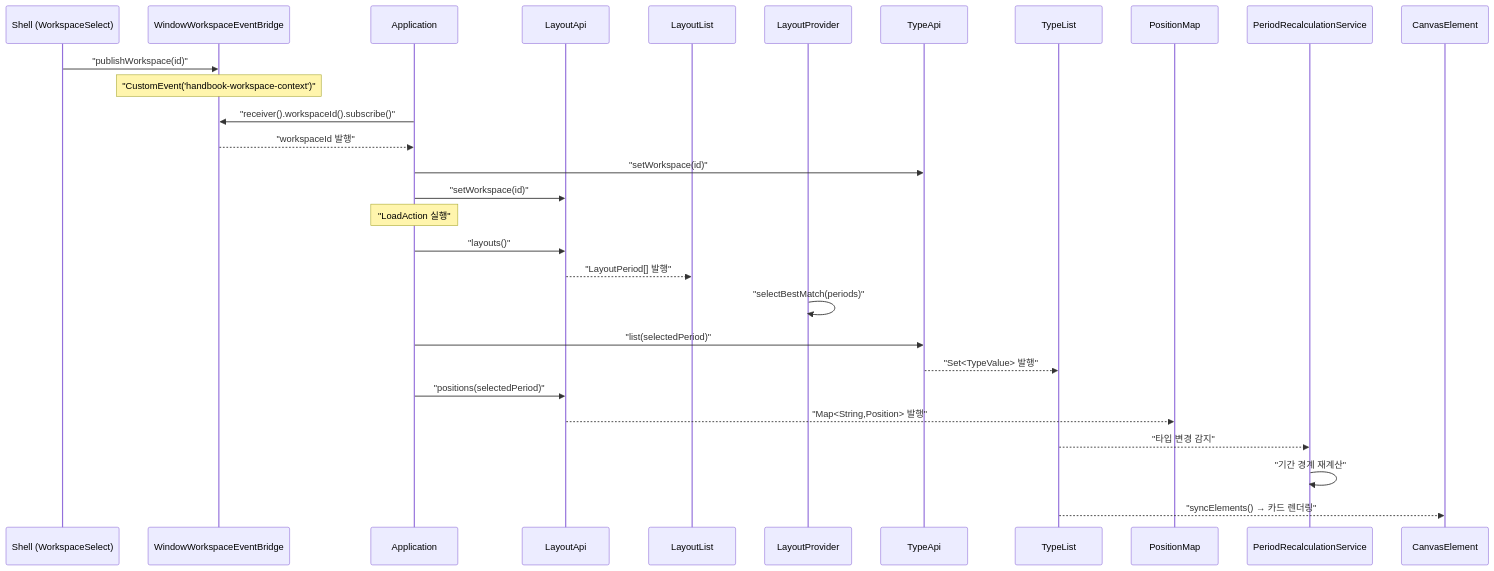
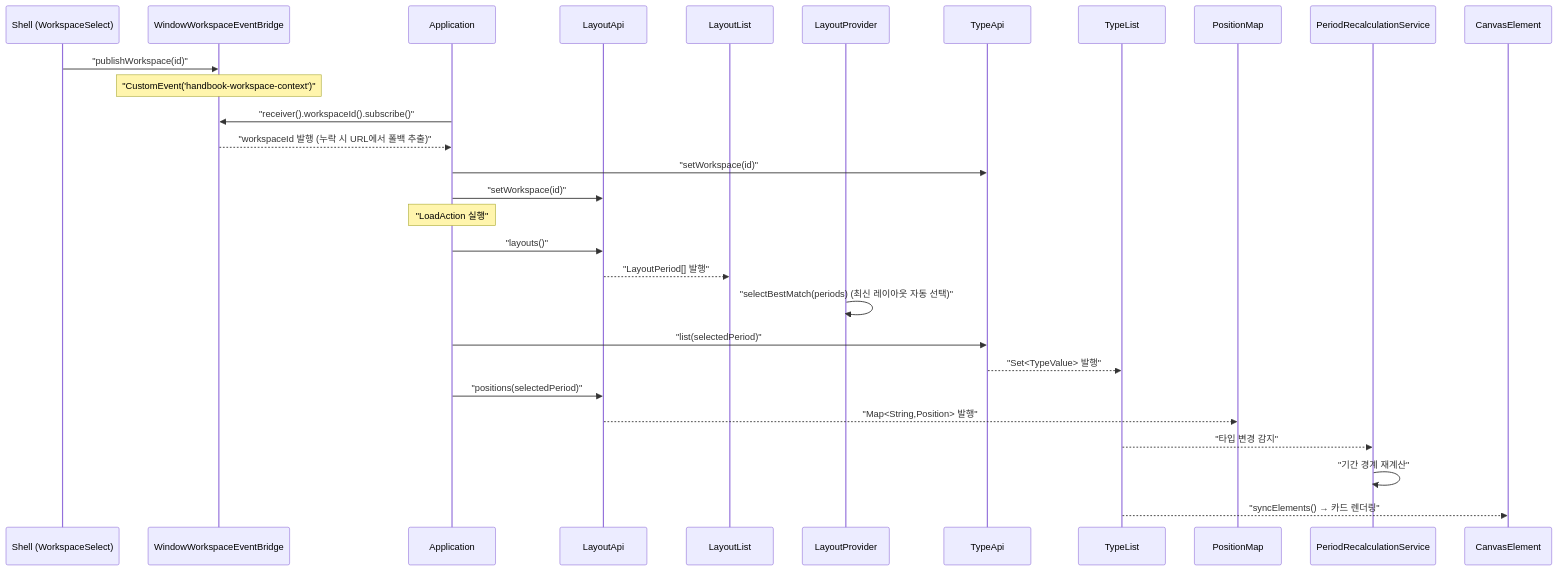
Before and after one commit to sayaya1090/handbook: the sixth of 15 diagrams in type-ui/USECASE.md, drawn with Mermaid. The commit also changed other lines of this file, not shown here.

````diff
--- a/type-ui/USECASE.md
+++ b/type-ui/USECASE.md
@@ -135,36 +135,36 @@
 ```mermaid
 sequenceDiagram
     participant Shell as Shell (WorkspaceSelect)
     participant Bridge as WindowWorkspaceEventBridge
     participant App as Application
     participant LA as LayoutApi
     participant LL as LayoutList
     participant LP as LayoutProvider
     participant TA as TypeApi
     participant TL as TypeList
     participant PM as PositionMap
     participant PRS as PeriodRecalculationService
     participant Canvas as CanvasElement
 
     Shell->>Bridge: "publishWorkspace(id)"
     Note over Bridge: "CustomEvent('handbook-workspace-context')"
     
     App->>Bridge: "receiver().workspaceId().subscribe()"
-    Bridge-->>App: "workspaceId 발행"
+    Bridge-->>App: "workspaceId 발행 (누락 시 URL에서 폴백 추출)"
     
     App->>TA: "setWorkspace(id)"
     App->>LA: "setWorkspace(id)"
     
     Note over App: "LoadAction 실행"
     App->>LA: "layouts()"
     LA-->>LL: "LayoutPeriod[] 발행"
-    LP->>LP: "selectBestMatch(periods)"
+    LP->>LP: "selectBestMatch(periods) (최신 레이아웃 자동 선택)"
     App->>TA: "list(selectedPeriod)"
     TA-->>TL: "Set<TypeValue> 발행"
     App->>LA: "positions(selectedPeriod)"
     LA-->>PM: "Map<String,Position> 발행"
     
     TL-->>PRS: "타입 변경 감지"
     PRS->>PRS: "기간 경계 재계산"
     TL-->>Canvas: "syncElements() → 카드 렌더링"
 ```
````
